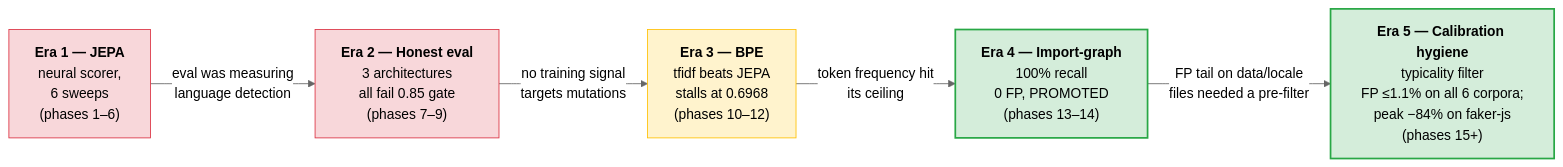
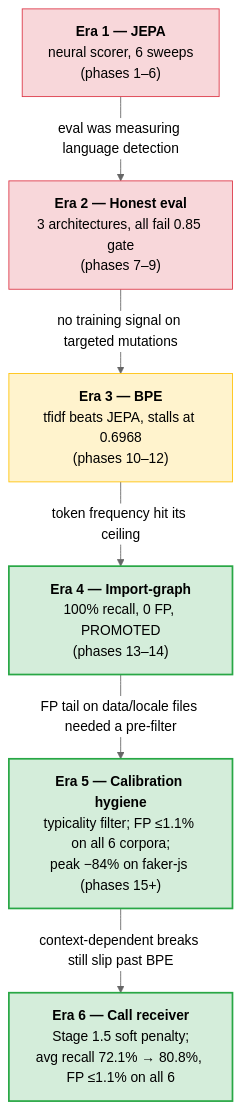
The first of 6 diagrams in docs/research/README.md (get-tmonier/argot), drawn with Mermaid (neutral theme) before and after one commit. The commit also changed other lines of this file and 18 other files, not shown here.

First line of the commit message:
feat(bench): era 6 — call-receiver scorer (Stage 1.5 soft penalty) (#24)

````diff
--- a/docs/research/README.md
+++ b/docs/research/README.md
@@ -17,20 +20,22 @@
 ```mermaid
-flowchart LR
-    E1["<b>Era 1 — JEPA</b><br/>neural scorer,<br/>6 sweeps<br/>(phases 1–6)"]
-    E2["<b>Era 2 — Honest eval</b><br/>3 architectures<br/>all fail 0.85 gate<br/>(phases 7–9)"]
-    E3["<b>Era 3 — BPE</b><br/>tfidf beats JEPA<br/>stalls at 0.6968<br/>(phases 10–12)"]
-    E4["<b>Era 4 — Import-graph</b><br/>100% recall<br/>0 FP, PROMOTED<br/>(phases 13–14)"]
+flowchart TD
+    E1["<b>Era 1 — JEPA</b><br/>neural scorer, 6 sweeps<br/>(phases 1–6)"]
+    E2["<b>Era 2 — Honest eval</b><br/>3 architectures, all fail 0.85 gate<br/>(phases 7–9)"]
+    E3["<b>Era 3 — BPE</b><br/>tfidf beats JEPA, stalls at 0.6968<br/>(phases 10–12)"]
+    E4["<b>Era 4 — Import-graph</b><br/>100% recall, 0 FP, PROMOTED<br/>(phases 13–14)"]
+    E5["<b>Era 5 — Calibration hygiene</b><br/>typicality filter; FP ≤1.1% on all 6 corpora;<br/>peak −84% on faker-js (phases 15+)"]
+    E6["<b>Era 6 — Call receiver</b><br/>Stage 1.5 soft penalty;<br/>avg recall 72.1% → 80.8%, FP ≤1.1% on all 6"]
 
-    E1 -->|"eval was measuring<br/>language detection"| E2
-    E2 -->|"no training signal<br/>targets mutations"| E3
-    E3 -->|"token frequency hit<br/>its ceiling"| E4
-    E4 -->|"FP tail on data/locale<br/>files needed a pre-filter"| E5
+    E1 -->|"eval was measuring language detection"| E2
+    E2 -->|"no training signal on targeted mutations"| E3
+    E3 -->|"token frequency hit its ceiling"| E4
+    E4 -->|"FP tail on data/locale files needed a pre-filter"| E5
+    E5 -->|"context-dependent breaks still slip past BPE"| E6
 
-    E5["<b>Era 5 — Calibration hygiene</b><br/>typicality filter<br/>FP ≤1.1% on all 6 corpora;<br/>peak −84% on faker-js<br/>(phases 15+)"]
-
-    style E4 fill:#d4edda,stroke:#28a745,stroke-width:2px
-    style E5 fill:#d4edda,stroke:#28a745,stroke-width:2px
     style E1 fill:#f8d7da,stroke:#dc3545
     style E2 fill:#f8d7da,stroke:#dc3545
     style E3 fill:#fff3cd,stroke:#ffc107
+    style E4 fill:#d4edda,stroke:#28a745,stroke-width:2px
+    style E5 fill:#d4edda,stroke:#28a745,stroke-width:2px
+    style E6 fill:#d4edda,stroke:#28a745,stroke-width:2px
 ```
````
